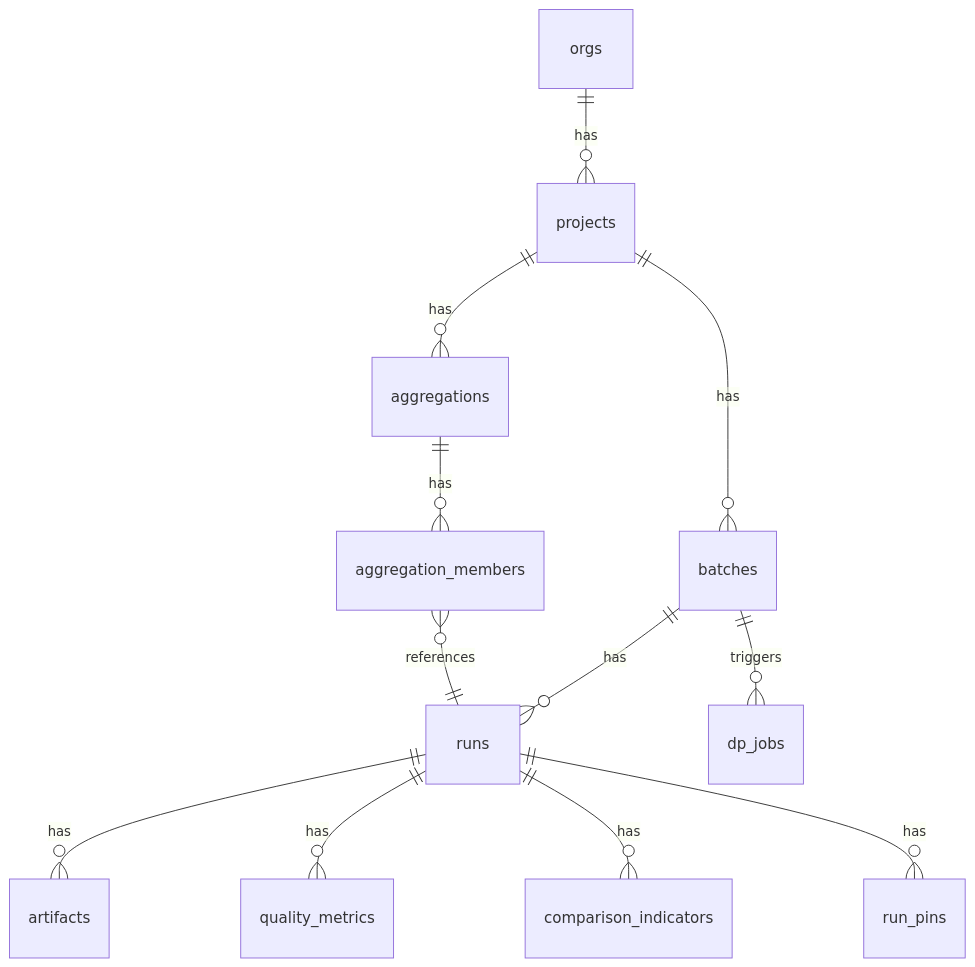
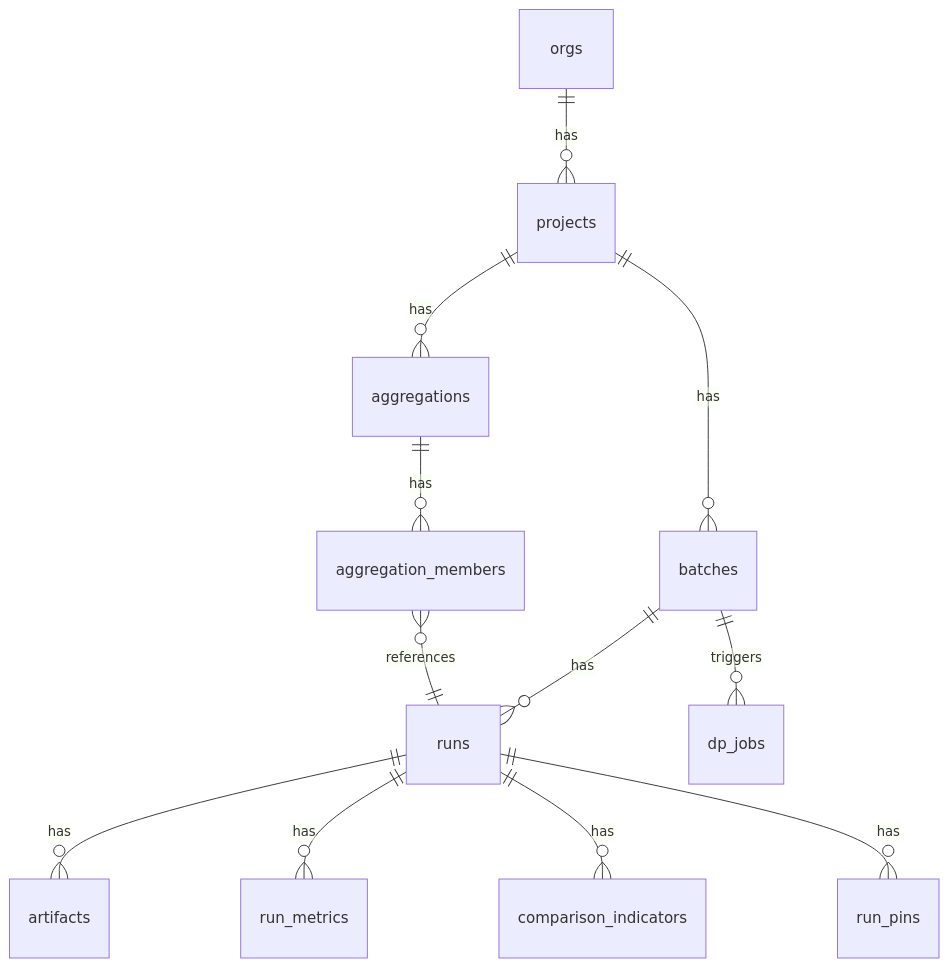
Before and after one commit to elda27/axion: the diagram in docs/architectures/30_db_schema.md, drawn with Mermaid. The commit also changed other lines of this file and 49 other files, not shown here.

First line of the commit message:
Refactor Quality Metrics to Run Metrics

````diff
--- a/docs/architectures/30_db_schema.md
+++ b/docs/architectures/30_db_schema.md
@@ -195,14 +195,14 @@
 ```mermaid
 erDiagram
     orgs ||--o{ projects : has
     projects ||--o{ batches : has
     projects ||--o{ aggregations : has
     aggregations ||--o{ aggregation_members : has
     aggregation_members }o--|| runs : references
     batches ||--o{ runs : has
     runs ||--o{ artifacts : has
-    runs ||--o{ quality_metrics : has
+    runs ||--o{ run_metrics : has
     runs ||--o{ comparison_indicators : has
     runs ||--o{ run_pins : has
     batches ||--o{ dp_jobs : triggers
 ```
````
